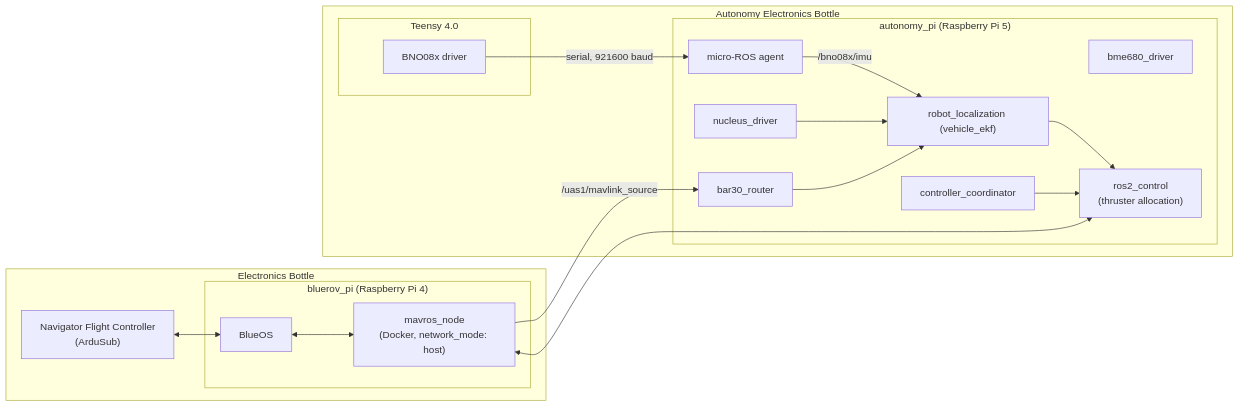
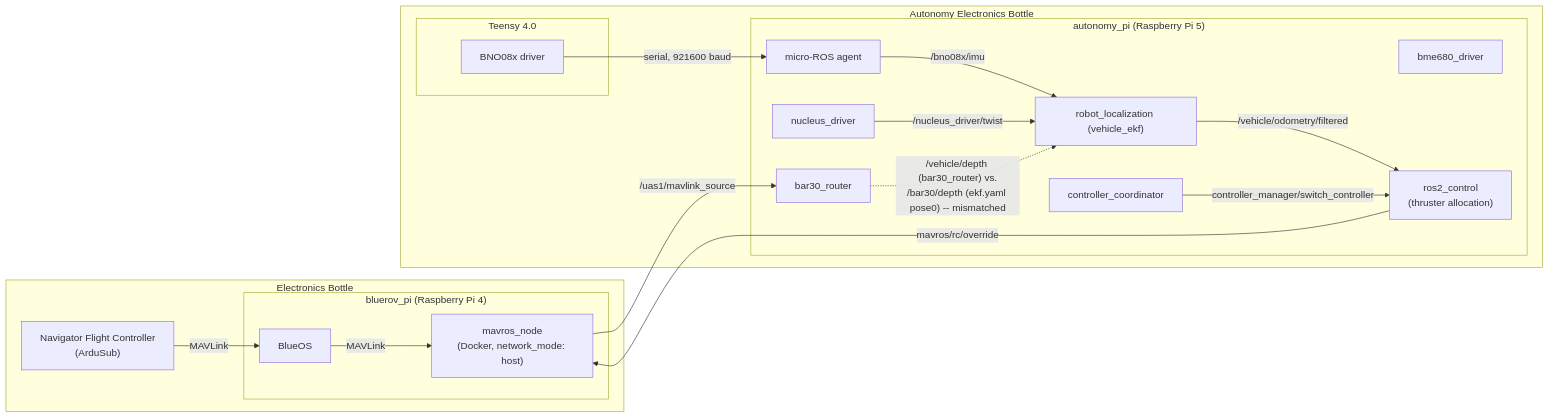
Before and after one commit to Robotic-Decision-Making-Lab/RDML_BlueROV2_Deployment: the diagram in README.md, drawn with Mermaid. The commit also changed other lines of this file, not shown here.

Commit message:
update graph in readme

````diff
--- a/README.md
+++ b/README.md
@@ -44,38 +44,38 @@
 ```mermaid
 flowchart LR
     subgraph ElectronicsBottle["Electronics Bottle"]
         FC["Navigator Flight Controller\n(ArduSub)"]
 
         subgraph BlueROVPi["bluerov_pi (Raspberry Pi 4)"]
             BlueOS["BlueOS"]
             MAVROS["mavros_node\n(Docker, network_mode: host)"]
         end
     end
 
     subgraph AutonomyBottle["Autonomy Electronics Bottle"]
         subgraph AutonomyPi["autonomy_pi (Raspberry Pi 5)"]
             Agent["micro-ROS agent"]
             Bar30["bar30_router"]
             DVL["nucleus_driver"]
             BME["bme680_driver"]
             EKF["robot_localization (vehicle_ekf)"]
             RC["ros2_control\n(thruster allocation)"]
             Coord["controller_coordinator"]
         end
 
         subgraph Teensy["Teensy 4.0"]
             IMU["BNO08x driver"]
         end
     end
 
-    FC <--> BlueOS
-    BlueOS <--> MAVROS
+    FC -- MAVLink --> BlueOS
+    BlueOS -- MAVLink --> MAVROS
     MAVROS -- "/uas1/mavlink_source" --> Bar30
     IMU -- "serial, 921600 baud" --> Agent
     Agent -- "/bno08x/imu" --> EKF
-    DVL --> EKF
-    Bar30 --> EKF
-    EKF --> RC
-    Coord --> RC
-    RC <--> MAVROS
+    DVL -- "/nucleus_driver/twist" --> EKF
+    Bar30 -. "/vehicle/depth (bar30_router) vs.\n/bar30/depth (ekf.yaml pose0) -- mismatched" .-> EKF
+    EKF -- "/vehicle/odometry/filtered" --> RC
+    Coord -- "controller_manager/switch_controller" --> RC
+    RC -- "mavros/rc/override" --> MAVROS
 ```
````
